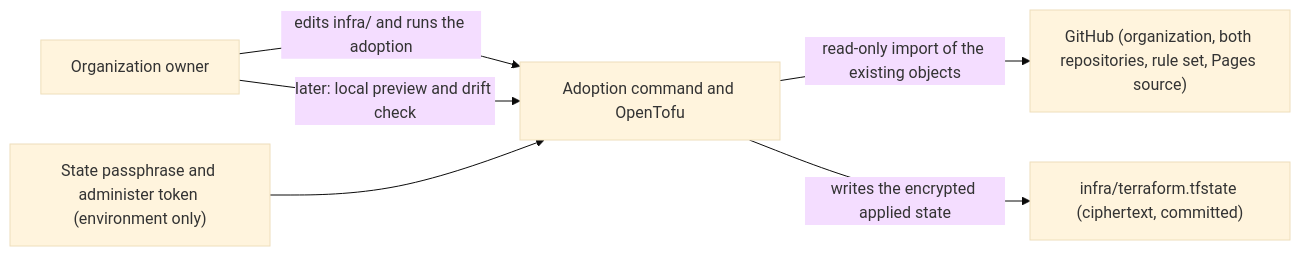
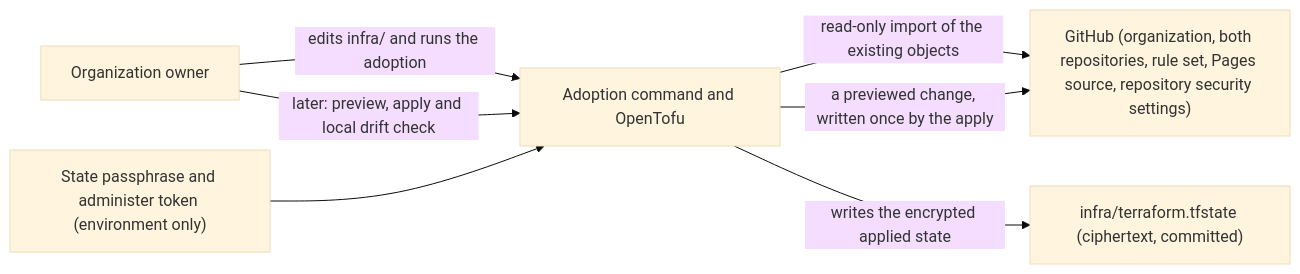
Before and after one commit to duty2cal/duty2cal: the third of 4 diagrams in docs/arc42/03-context-and-scope.md, drawn with Mermaid (base theme). The commit also changed other lines of this file and 32 other files, not shown here.

Commit message:
docs(enable-repository-security): plan and review the security change

````diff
--- a/docs/arc42/03-context-and-scope.md
+++ b/docs/arc42/03-context-and-scope.md
@@ -43,8 +44,9 @@
 ```mermaid
 flowchart LR
   owner["Organization owner"] -->|"edits infra/ and runs the adoption"| adm["Adoption command and OpenTofu"]
-  adm -->|"read-only import of the existing objects"| gh["GitHub (organization, both repositories, rule set, Pages source)"]
+  adm -->|"read-only import of the existing objects"| gh["GitHub (organization, both repositories, rule set, Pages source, repository security settings)"]
   adm -->|"writes the encrypted applied state"| state["infra/terraform.tfstate (ciphertext, committed)"]
-  owner -->|"later: local preview and drift check"| adm
+  owner -->|"later: preview, apply and local drift check"| adm
+  adm -->|"a previewed change, written once by the apply"| gh
   secrets["State passphrase and administer token (environment only)"] --> adm
 ```
````
